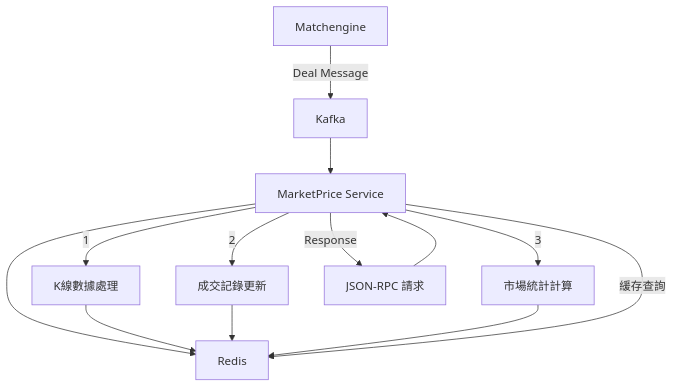
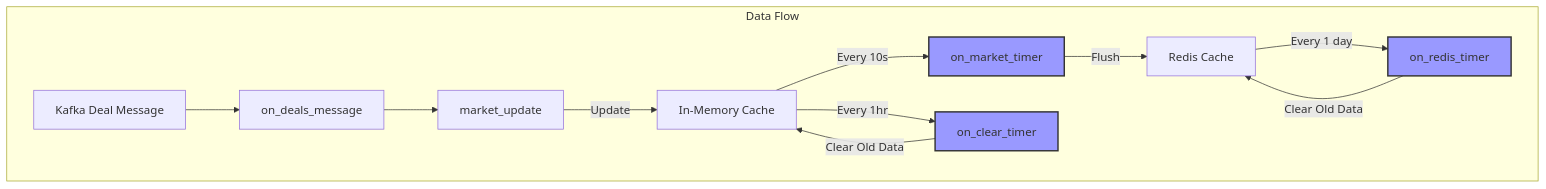
One commit to jasonLuFa/viabtc_exchange_server changed the second of 2 diagrams in doc/marketprice.md. Above: the diagram before and after it, drawn with Mermaid. The commit also changed other lines of this file and 1 other file, not shown here.

````diff
--- a/doc/marketprice.md
+++ b/doc/marketprice.md
@@ -19,16 +47,21 @@
 ```mermaid
 graph TD
-    A[Matchengine] -->|Deal Message| B[Kafka]
-    B --> C[MarketPrice Service]
-    C --> D[Redis]
+  subgraph "Data Flow"
+    A[Kafka Deal Message] --> B[on_deals_message]
+    B --> C[market_update]
+    C -->|Update| D[In-Memory Cache]
     
-    C -->|1| E[K線數據處理]
-    C -->|2| F[成交記錄更新]
-    C -->|3| G[市場統計計算]
+    D -->|Every 10s| E[on_market_timer]
+    E -->|Flush| F[Redis Cache]
     
-    E & F & G --> D
+    D -->|Every 1hr| G[on_clear_timer]
+    G -->|Clear Old Data| D
     
-    H[JSON-RPC 請求] --> C
-    C -->|緩存查詢| D
-    C -->|Response| H
+    F -->|Every 1 day| H[on_redis_timer]
+    H -->|Clear Old Data| F
+  end
+
+  style E fill:#99f,stroke:#333,stroke-width:2
+  style G fill:#99f,stroke:#333,stroke-width:2
+  style H fill:#99f,stroke:#333,stroke-width:2
 ```
````
